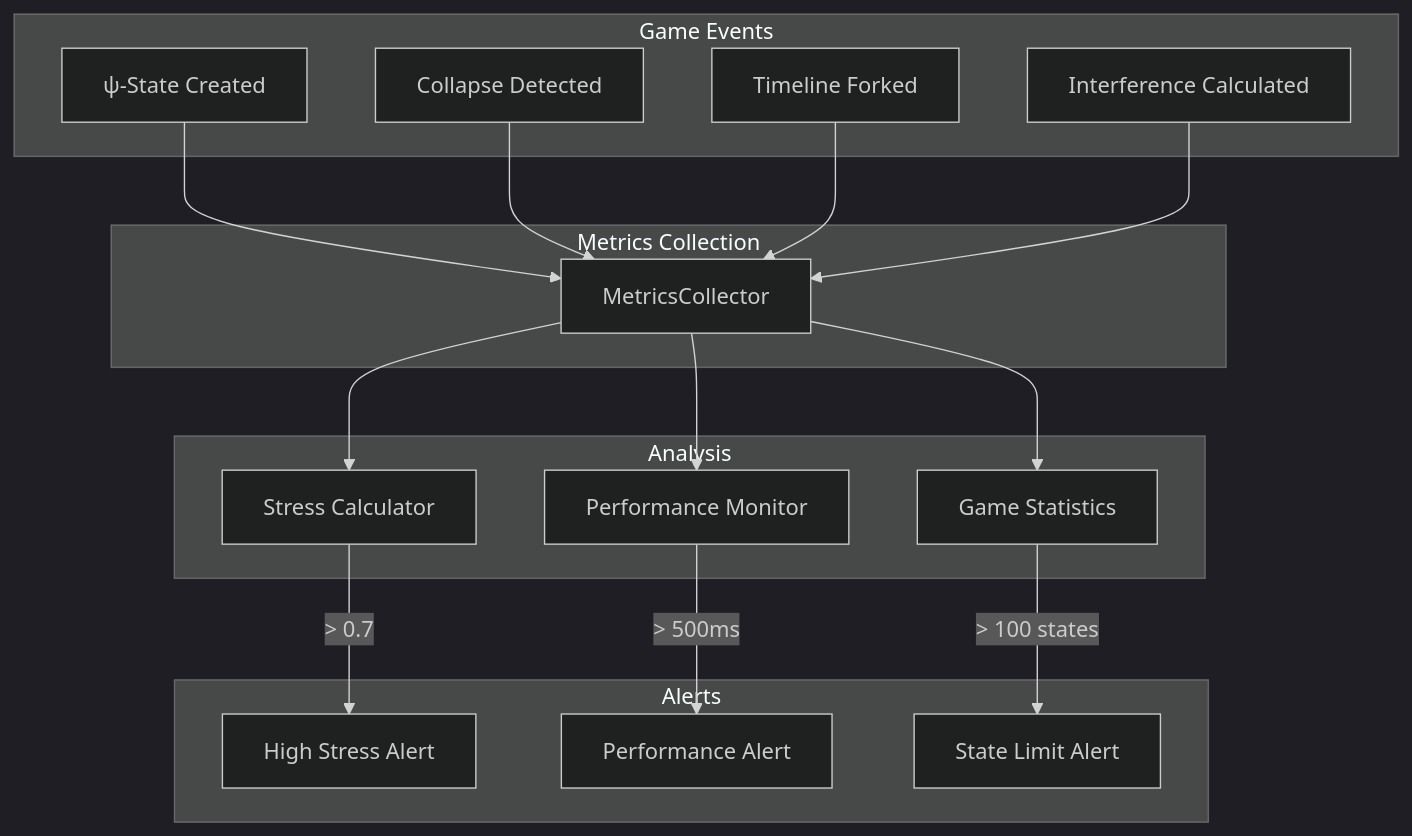
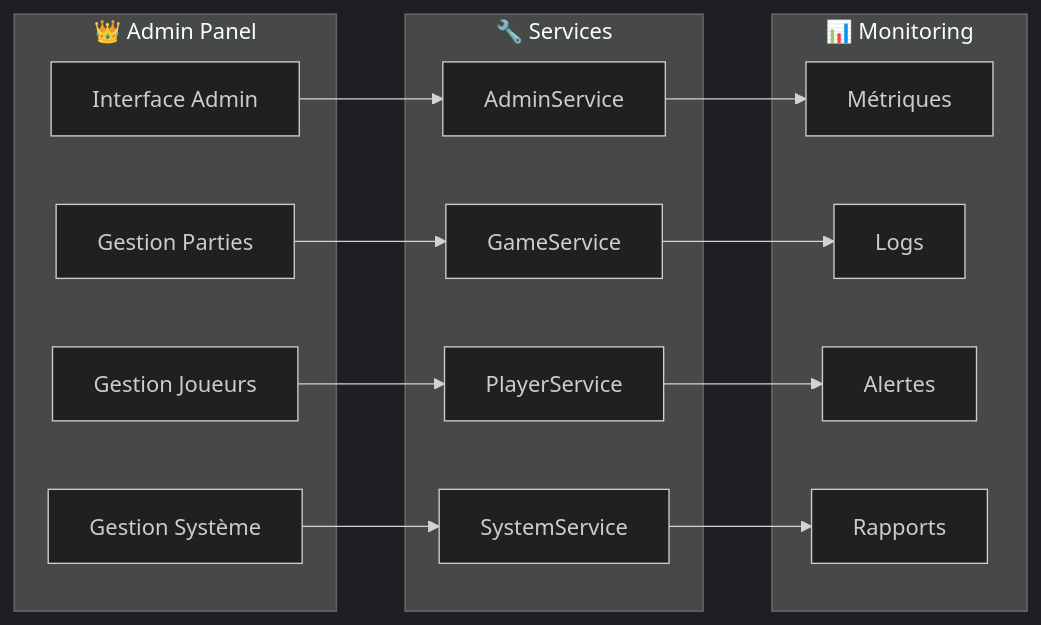
One commit to V0OgZ/fullstack-project changed the eighth of 10 diagrams in docs/ARCHITECTURE_DIAGRAMS.md. Above: the diagram before and after it, drawn with Mermaid (dark theme). The commit also changed other lines of this file and 96 other files, not shown here.

````diff
--- a/docs/ARCHITECTURE_DIAGRAMS.md
+++ b/docs/ARCHITECTURE_DIAGRAMS.md
@@ -319,29 +381,33 @@
 ```mermaid
-graph TB
-    subgraph "Game Events"
-        E1[ψ-State Created]
-        E2[Collapse Detected]
-        E3[Timeline Forked]
-        E4[Interference Calculated]
+graph LR
+    subgraph "👑 Admin Panel"
+        ADMIN_UI[Interface Admin]
+        GAME_MGMT[Gestion Parties]
+        PLAYER_MGMT[Gestion Joueurs]
+        SYSTEM_MGMT[Gestion Système]
     end
     
-    subgraph "Metrics Collection"
-        COLL[MetricsCollector]
-        E1 --> COLL
-        E2 --> COLL
-        E3 --> COLL
-        E4 --> COLL
+    subgraph "🔧 Services"
+        ADMIN_SERVICE[AdminService]
+        GAME_SERVICE[GameService]
+        PLAYER_SERVICE[PlayerService]
+        SYSTEM_SERVICE[SystemService]
     end
     
-    subgraph "Analysis"
-        COLL --> STRESS[Stress Calculator]
-        COLL --> PERF[Performance Monitor]
-        COLL --> GAME[Game Statistics]
+    subgraph "📊 Monitoring"
+        METRICS[Métriques]
+        LOGS[Logs]
+        ALERTS[Alertes]
+        REPORTS[Rapports]
     end
     
-    subgraph "Alerts"
-        STRESS -->|> 0.7| ALERT1[High Stress Alert]
-        PERF -->|> 500ms| ALERT2[Performance Alert]
-        GAME -->|> 100 states| ALERT3[State Limit Alert]
-    end
+    ADMIN_UI --> ADMIN_SERVICE
+    GAME_MGMT --> GAME_SERVICE
+    PLAYER_MGMT --> PLAYER_SERVICE
+    SYSTEM_MGMT --> SYSTEM_SERVICE
+    
+    ADMIN_SERVICE --> METRICS
+    GAME_SERVICE --> LOGS
+    PLAYER_SERVICE --> ALERTS
+    SYSTEM_SERVICE --> REPORTS
 ```
````
